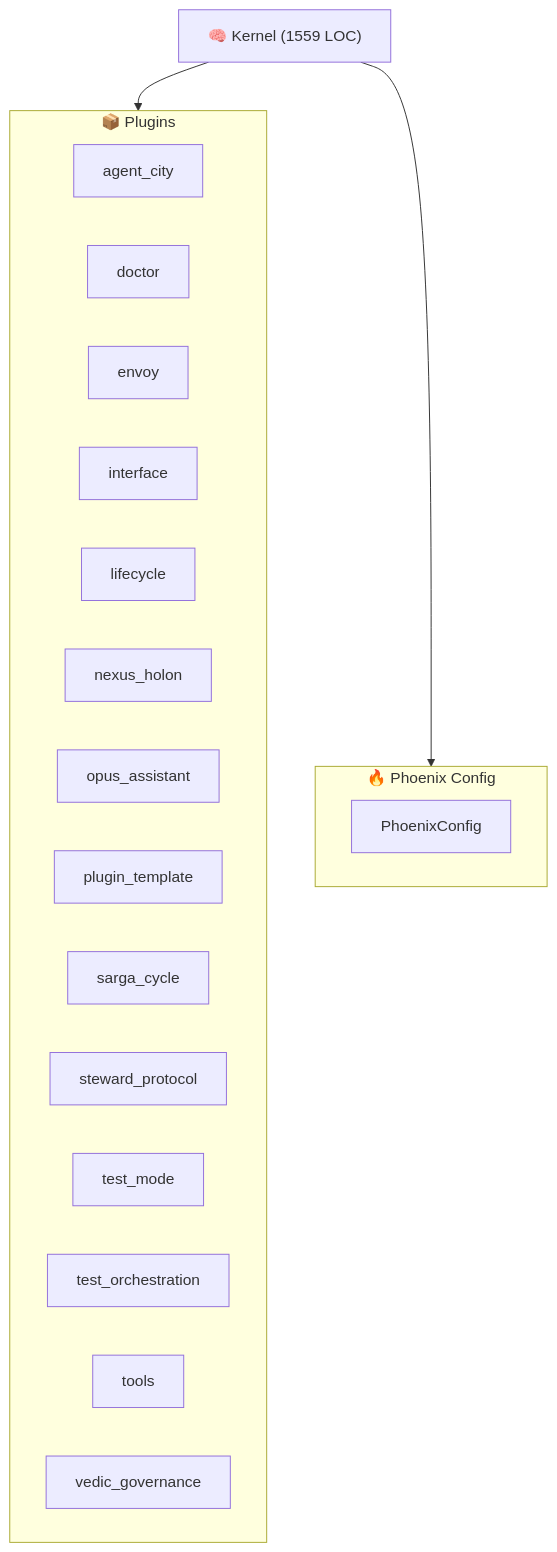
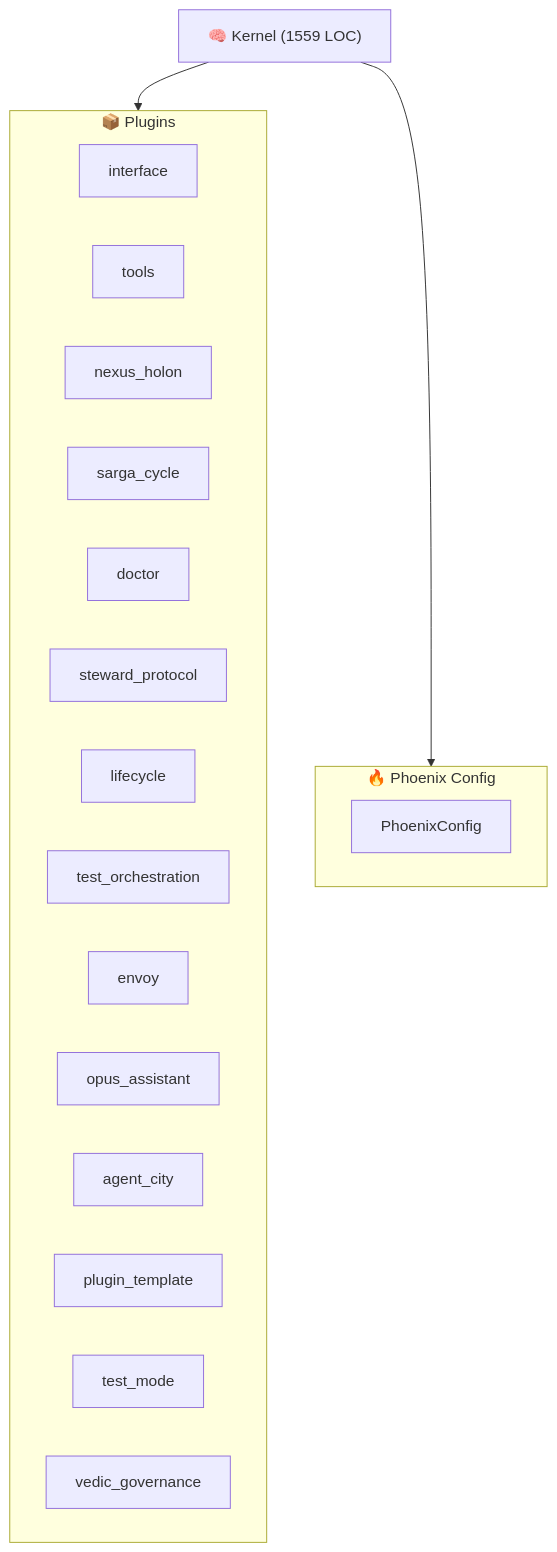
Before and after one commit to kimeisele/steward-protocol: the diagram in ARCHITECTURE.md, drawn with Mermaid. The commit also changed other lines of this file and 13 other files, not shown here.

````diff
--- a/ARCHITECTURE.md
+++ b/ARCHITECTURE.md
@@ -8,25 +8,25 @@
 ```mermaid
 graph TB
     K["🧠 Kernel (1559 LOC)"]
     subgraph Plugins["📦 Plugins"]
+        P_interface["interface"]
+        P_tools["tools"]
+        P_nexus_holon["nexus_holon"]
+        P_sarga_cycle["sarga_cycle"]
+        P_doctor["doctor"]
+        P_steward_protocol["steward_protocol"]
+        P_lifecycle["lifecycle"]
+        P_test_orchestration["test_orchestration"]
+        P_envoy["envoy"]
+        P_opus_assistant["opus_assistant"]
         P_agent_city["agent_city"]
-        P_doctor["doctor"]
-        P_envoy["envoy"]
-        P_interface["interface"]
-        P_lifecycle["lifecycle"]
-        P_nexus_holon["nexus_holon"]
-        P_opus_assistant["opus_assistant"]
         P_plugin_template["plugin_template"]
-        P_sarga_cycle["sarga_cycle"]
-        P_steward_protocol["steward_protocol"]
         P_test_mode["test_mode"]
-        P_test_orchestration["test_orchestration"]
-        P_tools["tools"]
         P_vedic_governance["vedic_governance"]
     end
     K --> Plugins
     subgraph Config["🔥 Phoenix Config"]
         PC[PhoenixConfig]
     end
     K --> Config
 ```
````
